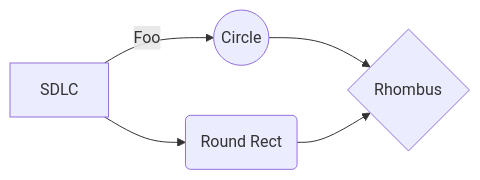
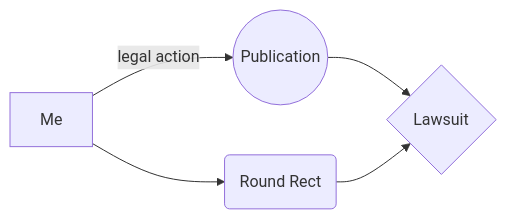
Before and after one commit to catoja1107/assemblyProjects: the diagram in README.md, drawn with Mermaid. The commit also changed other lines of this file, not shown here.

````diff
--- a/README.md
+++ b/README.md
@@ -68,7 +60,7 @@
 ```mermaid
 graph LR
-A[SDLC] -- Foo --> B((Circle))
+A[Me] -- legal action --> B((Publication))
 A --> C(Round Rect)
-B --> D{Rhombus}
+B --> D{Lawsuit}
 C --> D
 ```
````
